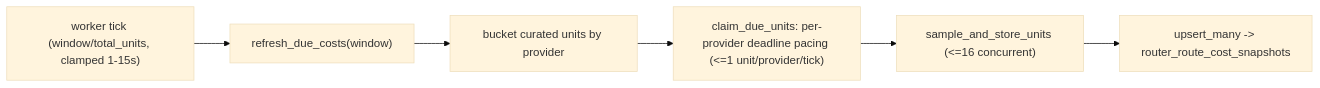
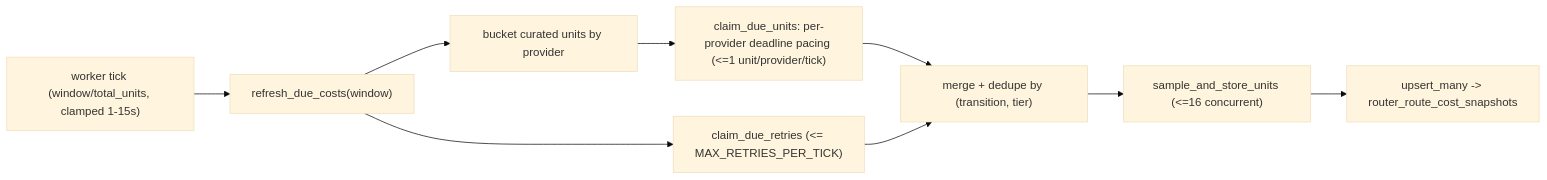
One commit to riftresearch/tee-router changed the first of 2 diagrams in docs/quoting-system-overview.md. Above: the diagram before and after it, drawn with Mermaid (base theme). The commit also changed other lines of this file and 13 other files, not shown here.

````diff
--- a/docs/quoting-system-overview.md
+++ b/docs/quoting-system-overview.md
@@ -102,8 +107,11 @@
 ```mermaid
 flowchart LR
   tick["worker tick (window/total_units, clamped 1-15s)"] --> due["refresh_due_costs(window)"]
   due --> plan["bucket curated units by provider"]
   plan --> claim["claim_due_units: per-provider deadline pacing (<=1 unit/provider/tick)"]
-  claim --> sample["sample_and_store_units (<=16 concurrent)"]
+  due --> retry["claim_due_retries (<= MAX_RETRIES_PER_TICK)"]
+  claim --> merge["merge + dedupe by (transition, tier)"]
+  retry --> merge
+  merge --> sample["sample_and_store_units (<=16 concurrent)"]
   sample --> upsert["upsert_many -> router_route_cost_snapshots"]
 ```
````
